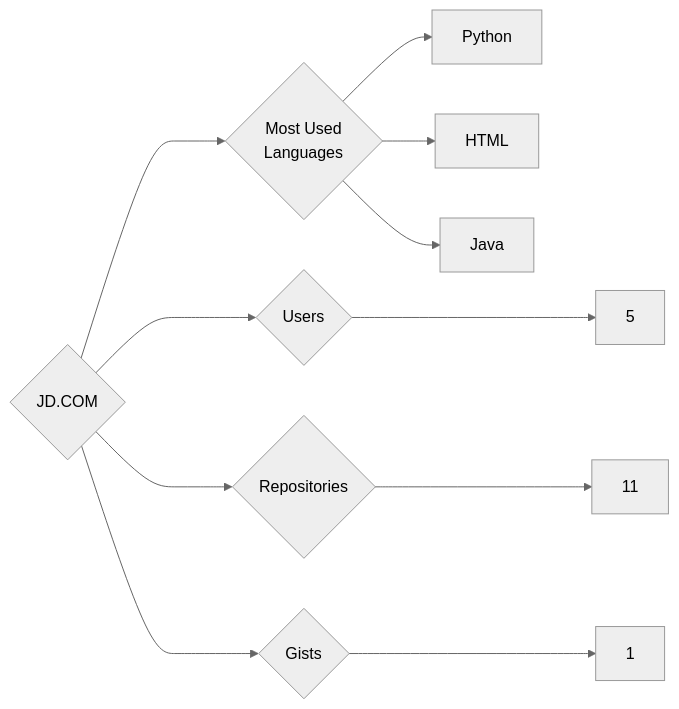
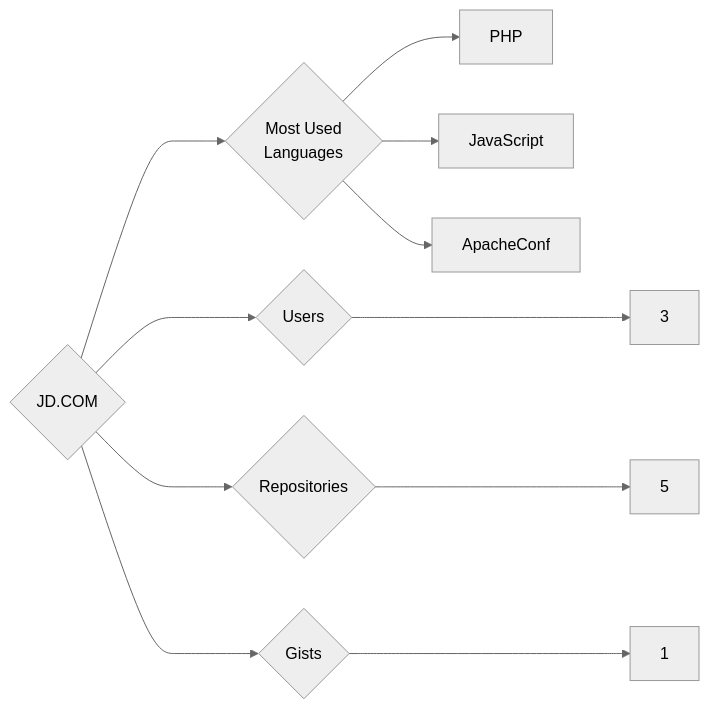
The diagram in targets/JD.COM/README.md (trickest/insiders), drawn with Mermaid (neutral theme) before and after one commit. The commit also changed 644 other files, not shown here.

````diff
--- a/targets/JD.COM/README.md
+++ b/targets/JD.COM/README.md
@@ -3,11 +3,11 @@
 ```mermaid
 graph LR
 COMPANY_NAME{JD.COM}
-COMPANY_NAME ---> U{Users} ---> UN[5]
-COMPANY_NAME ---> R{Repositories} ---> RN[11]
+COMPANY_NAME ---> U{Users} ---> UN[3]
+COMPANY_NAME ---> R{Repositories} ---> RN[5]
 COMPANY_NAME ---> G{Gists} ---> GN[1]
 COMPANY_NAME ---> ML{Most Used<br>Languages}
-ML --> Python[Python]
-ML --> HTML[HTML]
-ML --> Java[Java]
+ML --> PHP[PHP]
+ML --> JavaScript[JavaScript]
+ML --> ApacheConf[ApacheConf]
 ```
````
